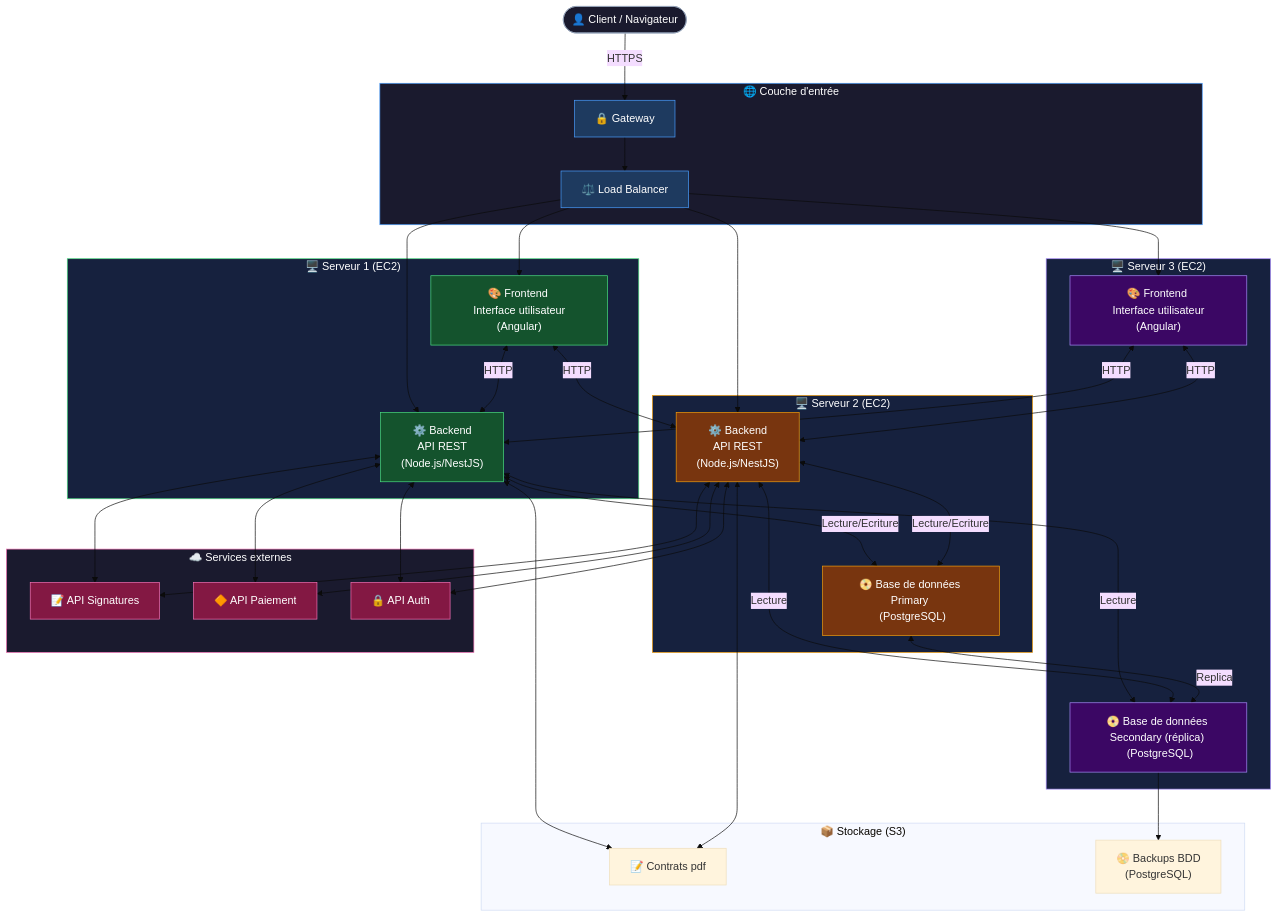
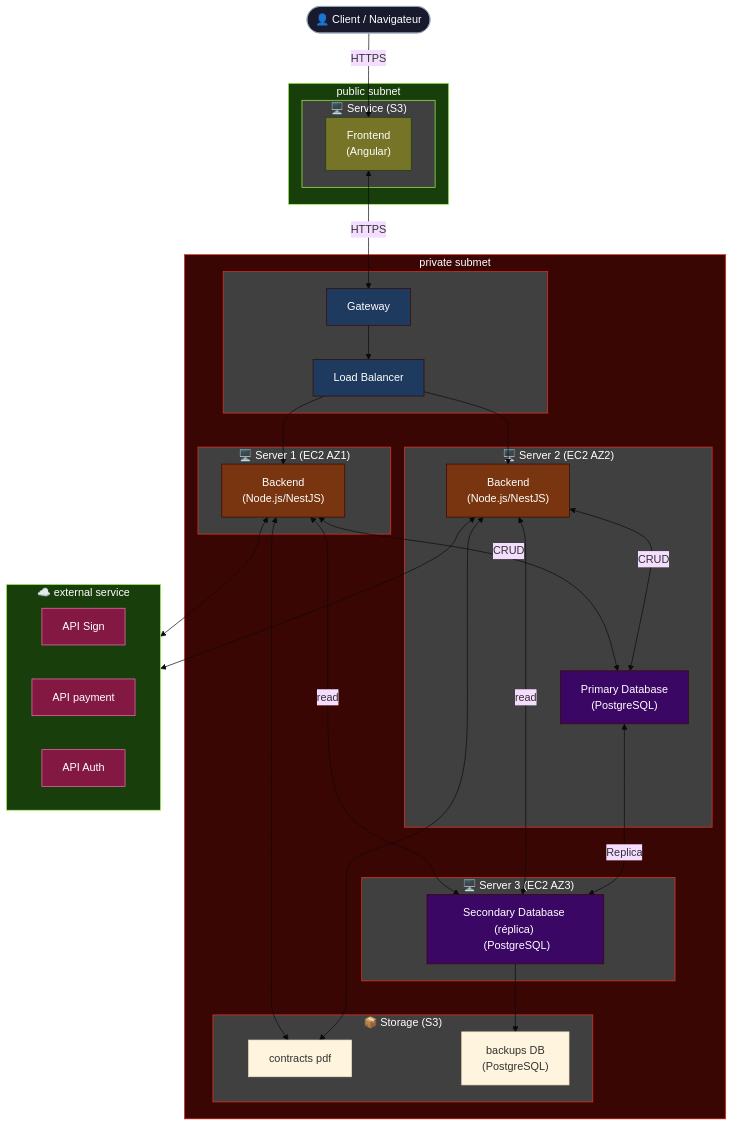
The diagram in README.md (fredavr/mMotorsFront), drawn with Mermaid (base theme) before and after one commit.

Commit message:
Update architecture diagram in README

````diff
--- a/README.md
+++ b/README.md
@@ -63,82 +63,85 @@
 ```mermaid
 graph TB
     Client(["👤 Client / Navigateur"])
-
-    subgraph EDGE["🌐 Couche d'entrée"]
-        GW["🔒 Gateway"]
-        LB["⚖️ Load Balancer"]
+    
+    subgraph PUBLIC["public subnet"]
+        subgraph US1["🖥️ Service (S3)"]
+            FE1["Frontend <br> (Angular)"]
+        end
     end
 
-    subgraph S1["🖥️ Serveur 1 (EC2)"]
-        FE1["🎨 Frontend <br> Interface utilisateur (Angular)"]
-        BE1["⚙️ Backend <br> API REST <br> (Node.js/NestJS)"]
-    end
+    subgraph PRIVE["private submet"]
+        subgraph EDGE[" "]
+            GW["Gateway"]
+            LB["Load Balancer"]
+        end
+        subgraph VS1["🖥️ Server 1 (EC2 AZ1)"]
+            BE1["Backend <br> (Node.js/NestJS)"]
+        end
 
-    subgraph S2["🖥️ Serveur 2 (EC2)"]
-        BE2["⚙️ Backend <br> API REST <br> (Node.js/NestJS)"]
-        DB2["📀 Base de données Primary <br> (PostgreSQL)"]
-    end
+        subgraph VS2["🖥️ Server 2 (EC2 AZ2)"]
+            BE2["Backend <br> (Node.js/NestJS)"]
+            DB2["Primary Database <br> (PostgreSQL)"]
+        end
 
-    subgraph S3["🖥️ Serveur 3 (EC2)"]
-        FE3["🎨 Frontend <br> Interface utilisateur (Angular)"]
-        DB3["📀 Base de données Secondary (réplica) <br> (PostgreSQL)"]
-    end
+        subgraph VS3["🖥️ Server 3 (EC2 AZ3)"]
+            DB3["Secondary Database (réplica) <br> (PostgreSQL)"]
+        end
 
-    subgraph STO["📦 Stockage (S3)"]
-        CSTO["📝 Contrats pdf"]
-        BK["📀 Backups BDD <br> (PostgreSQL)"]
-    end
-
-    subgraph EXT["☁️ Services externes"]
-        DS["📝 API Signatures"]
-        DP["🔶 API Paiement"]
-        DA["🔒 API Auth"]
+        subgraph STO["📦 Storage (S3)"]
+            CSTO["contracts pdf"]
+            BK["backups DB <br> (PostgreSQL)"]
+        end
     end
 
 
-    Client -->|"HTTPS"| GW
+    subgraph EXT["☁️ external service"]
+        DS["API Sign"]
+        DP["API payment"]
+        DA["API Auth"]
+    end
+
+
+    Client -->|"HTTPS"| FE1
+    FE1 <-->|"HTTPS"| GW
     GW --> LB
-    LB --> FE1
     LB --> BE1
     LB --> BE2
-    LB --> FE3
 
-    FE1 <-->|"HTTP"| BE1
-    FE1 <-->|"HTTP"| BE2
-    FE3 <-->|"HTTP"| BE1
-    FE3 <-->|"HTTP"| BE2
-    BE1 <-->|"Lecture/Ecriture"| DB2
-    BE1 <-->|"Lecture"| DB3
+    BE1 <-->|"CRUD"| DB2
+    BE1 <-->|"read"| DB3
     BE1 <--> CSTO
-    BE2 <-->|"Lecture/Ecriture"| DB2
-    BE2 <-->|"Lecture"| DB3
+    BE2 <-->|"CRUD"| DB2
+    BE2 <-->|"read"| DB3
     BE2 <--> CSTO
     DB2 <-->|"Replica"| DB3
     DB3 --> BK
 
-    BE1 <--> DS
-    BE1 <--> DP
-    BE1 <--> DA
-    BE2 <--> DS
-    BE2 <--> DP
-    BE2 <--> DA
+    BE1 <--> EXT
+    BE2 <--> EXT
 
-    style EDGE fill:#1a1a2e,stroke:#4a9eff,color:#fff
-    style S1 fill:#16213e,stroke:#4ade80,color:#fff
-    style S2 fill:#16213e,stroke:#f59e0b,color:#fff
-    style S3 fill:#16213e,stroke:#a78bfa,color:#fff
-    style EXT fill:#1a1a2e,stroke:#f472b6,color:#fff
+    
+    style Client fill:#1a1a2e,stroke:#94a3b8,color:#fff
 
-    style GW fill:#1e3a5f,stroke:#4a9eff,color:#fff
-    style LB fill:#1e3a5f,stroke:#4a9eff,color:#fff
-    style FE1 fill:#14532d,stroke:#4ade80,color:#fff
-    style BE1 fill:#14532d,stroke:#4ade80,color:#fff
-    style BE2 fill:#78350f,stroke:#f59e0b,color:#fff
-    style DB2 fill:#78350f,stroke:#f59e0b,color:#fff
-    style FE3 fill:#3b0764,stroke:#a78bfa,color:#fff
-    style DB3 fill:#3b0764,stroke:#a78bfa,color:#fff
+    style PUBLIC fill:#183E0C,stroke:#A1FA4F,color:#fff
+    style US1 fill:#404040,stroke:#A1FA4F,color:#fff
+    style FE1 fill:#757427,stroke:#183E0C,color:#fff
+
+    style PRIVE fill:#3A0603,stroke:#EB3324,color:#fff
+    style EDGE fill:#404040,stroke:#EB3324,color:#fff
+    style GW fill:#1e3a5f,stroke:#3A0603,color:#fff
+    style LB fill:#1e3a5f,stroke:#3A0603,color:#fff
+    style VS1 fill:#404040,stroke:#EB3324,color:#fff
+    style BE1 fill:#78350F,stroke:#3A0603,color:#fff
+    style VS2 fill:#404040,stroke:#EB3324,color:#fff
+    style BE2 fill:#78350f,stroke:#3A0603,color:#fff
+    style DB2 fill:#3B0764,stroke:#3A0603,color:#fff
+    style VS3 fill:#404040,stroke:#EB3324,color:#fff
+    style DB3 fill:#3b0764,stroke:#3A0603,color:#fff
+    style STO fill:#404040,stroke:#EB3324,color:#fff
+
+    style EXT fill:#183E0C,stroke:#A1FA4F,color:#fff
     style DS fill:#831843,stroke:#f472b6,color:#fff
     style DP fill:#831843,stroke:#f472b6,color:#fff
     style DA fill:#831843,stroke:#f472b6,color:#fff
-    style Client fill:#1a1a2e,stroke:#94a3b8,color:#fff
 ```
````
